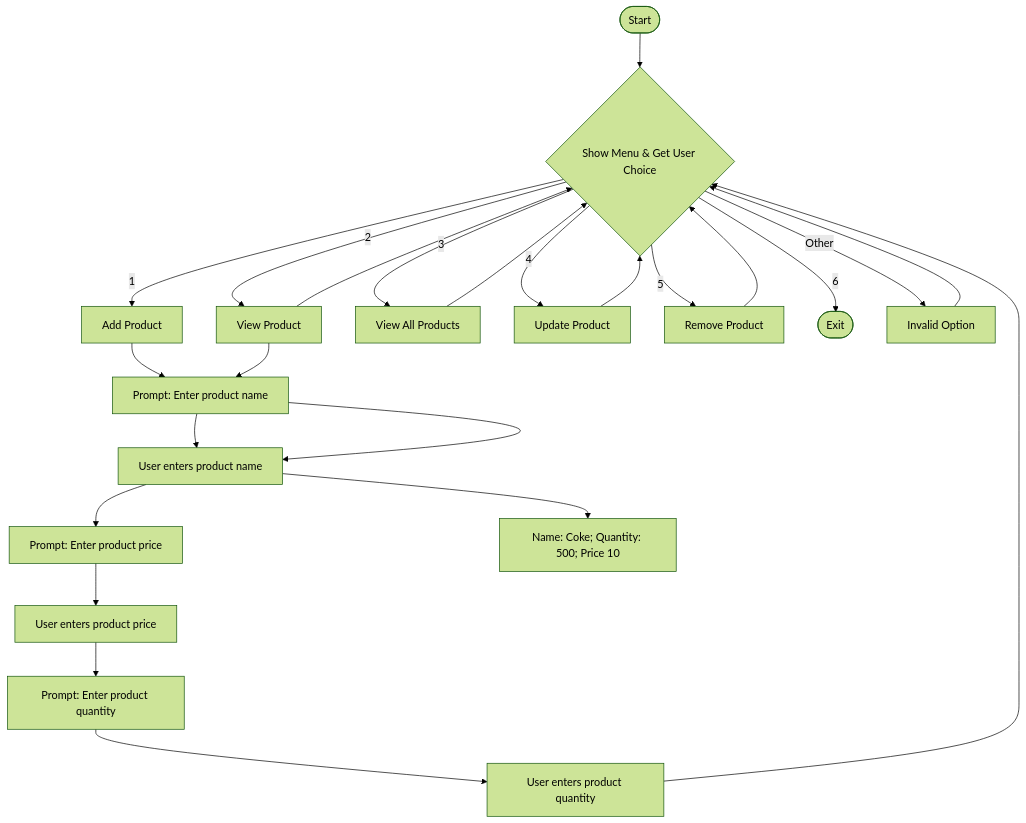
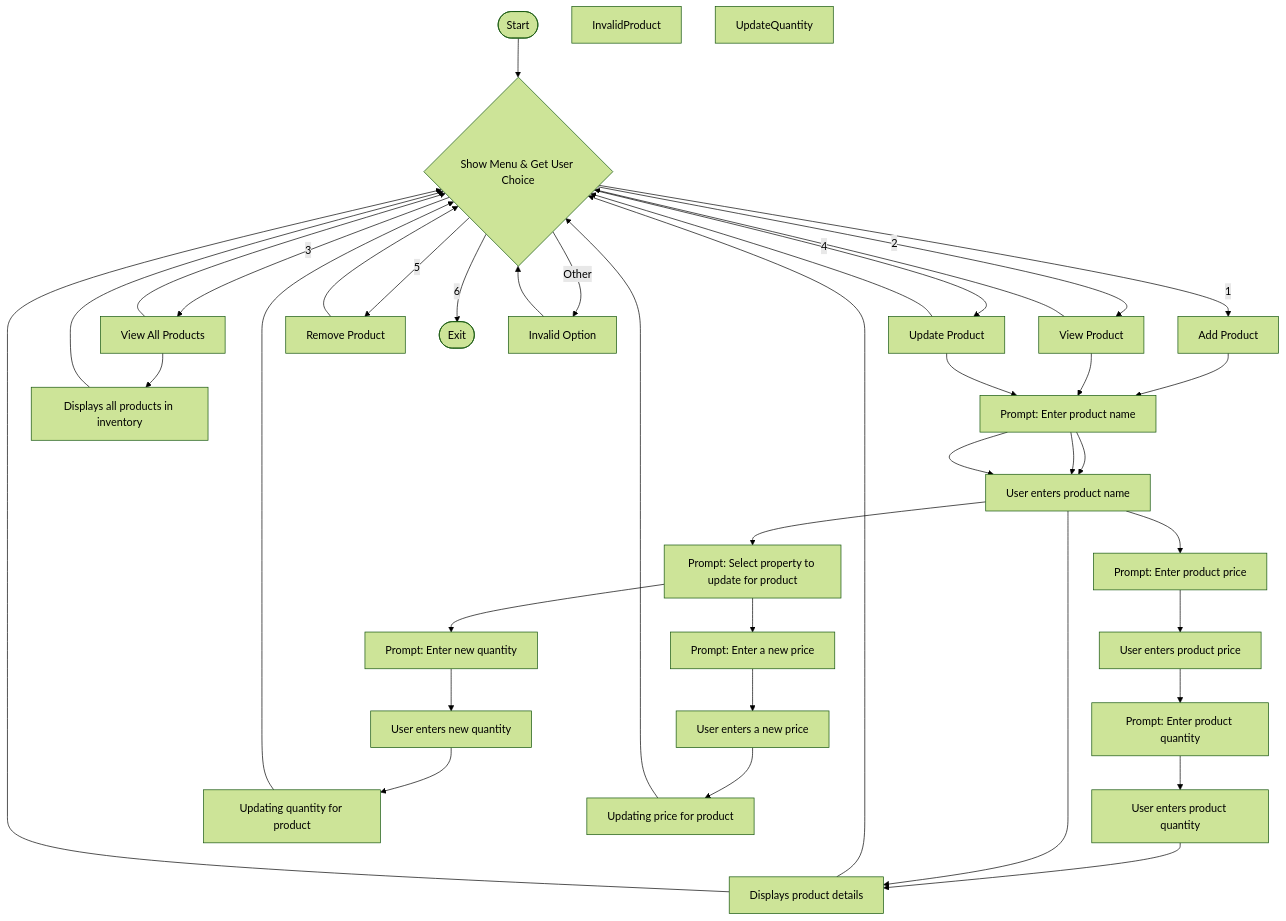
The diagram in flowchart.mmd (AdrianM10/inventory-mgmt-system), drawn with Mermaid (forest theme) before and after one commit.

Commit message:
Add steps for updating a products quantity and price

```diff
--- a/flowchart.mmd
+++ b/flowchart.mmd
@@ -1,34 +1,48 @@
 flowchart TD
     Start([Start])
     Menu{Show Menu & Get User Choice}
     Add[Add Product]
     GetProductName[Prompt: Enter product name]
     SetProductName[User enters product name]
     GetProductPrice[Prompt: Enter product price]
     SetProductPrice[User enters product price]
     GetProductQty[Prompt: Enter product quantity]
     SetProductQty[User enters product quantity]
     ViewOne[View Product]
-    DisplayProduct[Name: Coke; Quantity: 500; Price 10]
+    DisplayProduct[Displays product details]
+    DisplayProducts[Displays all products in inventory]
+    InvalidProduct
     ViewAll[View All Products]
     Update[Update Product]
+    UpdateProperty[Prompt: Select property to update for product]
+    GetUpdateQty[Prompt: Enter new quantity]
+    SetUpdateQty[User enters new quantity]
+    UpdatedQtyMsg[Updating quantity for product]
+    GetUpdatePrice[Prompt: Enter a new price]
+    SetUpdatePrice[User enters a new price]
+    UpdatedPriceMsg[Updating price for product]
+    UpdateQty[UpdateQuantity]
     Remove["Remove Product"]
     Exit([Exit])
     Invalid[Invalid Option]
 
     Start --> Menu
     Menu -->|1| Add
-    Add --> GetProductName --> SetProductName --> GetProductPrice --> SetProductPrice --> GetProductQty --> SetProductQty --> Menu
+    Add --> GetProductName --> SetProductName --> GetProductPrice --> SetProductPrice --> GetProductQty --> SetProductQty --> DisplayProduct --> Menu
     Menu -->|2| ViewOne
-    ViewOne --> GetProductName --> SetProductName --> DisplayProduct
+    ViewOne --> GetProductName --> SetProductName --> DisplayProduct --> Menu
     Menu -->|3| ViewAll
+    ViewAll --> DisplayProducts --> Menu
     Menu -->|4| Update
+    Update --> GetProductName --> SetProductName --> UpdateProperty
+    UpdateProperty --> GetUpdateQty --> SetUpdateQty --> UpdatedQtyMsg --> Menu
+    UpdateProperty --> GetUpdatePrice --> SetUpdatePrice --> UpdatedPriceMsg --> Menu
     Menu -->|5| Remove
     Menu -->|6| Exit
     Menu -->|Other| Invalid
   
     ViewOne --> Menu
     ViewAll --> Menu
     Update --> Menu
     Remove --> Menu
     Invalid --> Menu
```
